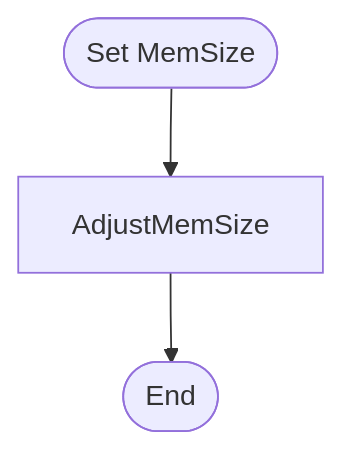
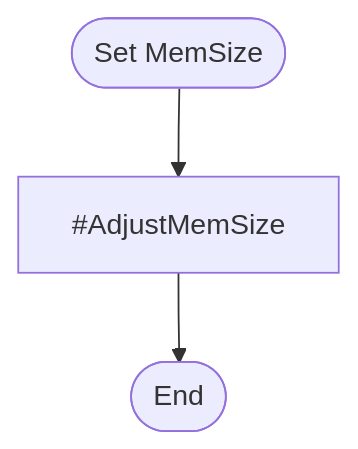
One commit to BCS21090011/BrainFucker changed the ninth of 28 diagrams in src/Classes_Info/BrainfuckExecuter.md. Above: the diagram before and after it, drawn with Mermaid. The commit also changed other lines of this file and 1 other file, not shown here.

Commit message:
Chart for #AdjustMemSize.

````diff
--- a/src/Classes_Info/BrainfuckExecuter.md
+++ b/src/Classes_Info/BrainfuckExecuter.md
@@ -485,13 +485,13 @@
     ```mermaid
     flowchart TD
 
     Start([Set MemSize])
-    AdjustMemSize
+    AdjustMemSize[#AdjustMemSize]
     End([End])
 
     Start
     -->
     AdjustMemSize
     -->
     End
     ```
````
